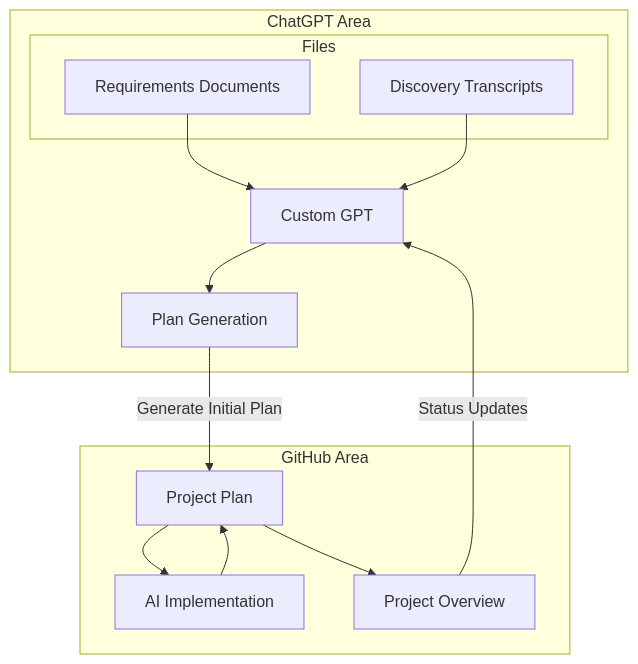
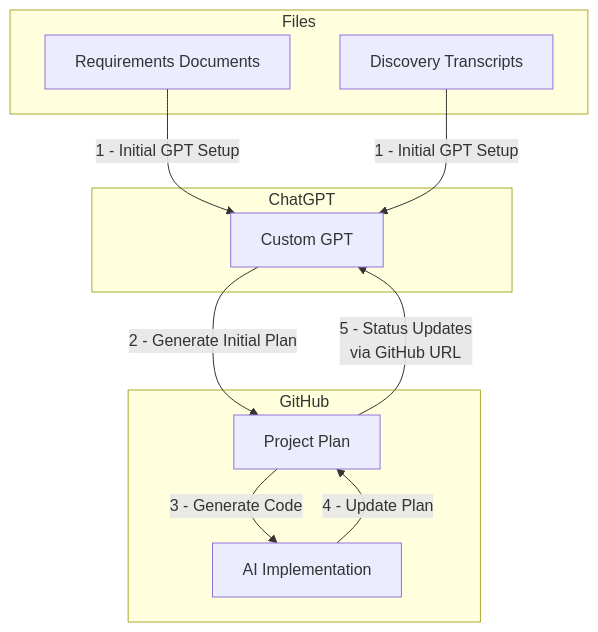
The diagram in docs/doc-driven-development.md (vicesoftware/truck-scout-makerkit), drawn with Mermaid before and after one commit. The commit also changed other lines of this file and 1 other file, not shown here.

Commit message:
docs: align process descriptions with diagram and enhance README styling

````diff
--- a/docs/doc-driven-development.md
+++ b/docs/doc-driven-development.md
@@ -8,29 +8,27 @@
 ```mermaid
 graph TD
-    subgraph "ChatGPT Area"
-        A[Custom GPT]
-        D[Plan Generation]
-        
-        subgraph "Files"
-            B[Requirements Documents]
-            C[Discovery Transcripts]
-        end
-        
-        B --> A
-        C --> A
-        A --> D
+    subgraph "Files"
+        B[Requirements Documents]
+        C[Discovery Transcripts]
     end
 
-    subgraph "GitHub Area"
+    subgraph "ChatGPT"
+        A[Custom GPT]
+        
+        B -->|1 - Initial GPT Setup| A
+        C -->|1 - Initial GPT Setup| A
+
+    end
+
+    subgraph "GitHub"
         E[Project Plan]
         F[AI Implementation]
-        G[Project Overview]
         
-        E --> F
-        F --> E
-        E --> G
+        E -->|3 - Generate Code| F
+        F -->|4 - Update Plan| E
     end
 
-    D -->|Generate Initial Plan| E
-    G -->|Status Updates| A
+    A -->|2 - Generate Initial Plan| E
+    E -->|5 - Status Updates
+    via GitHub URL| A
 ```
````
